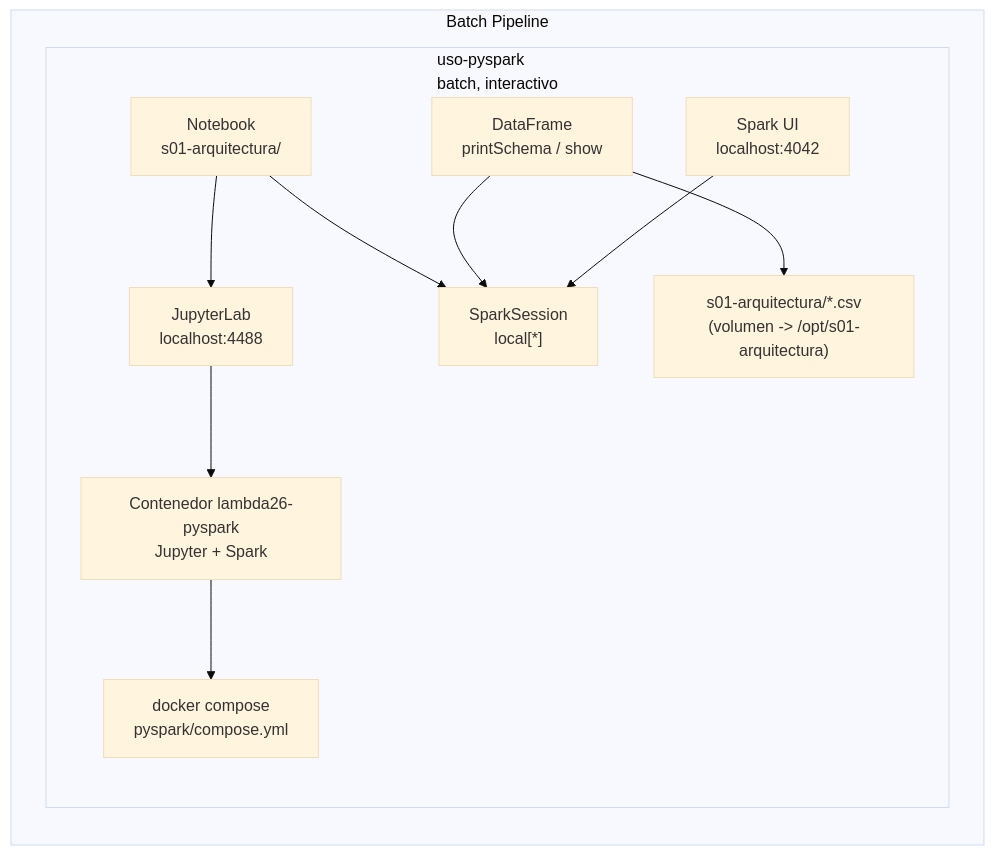
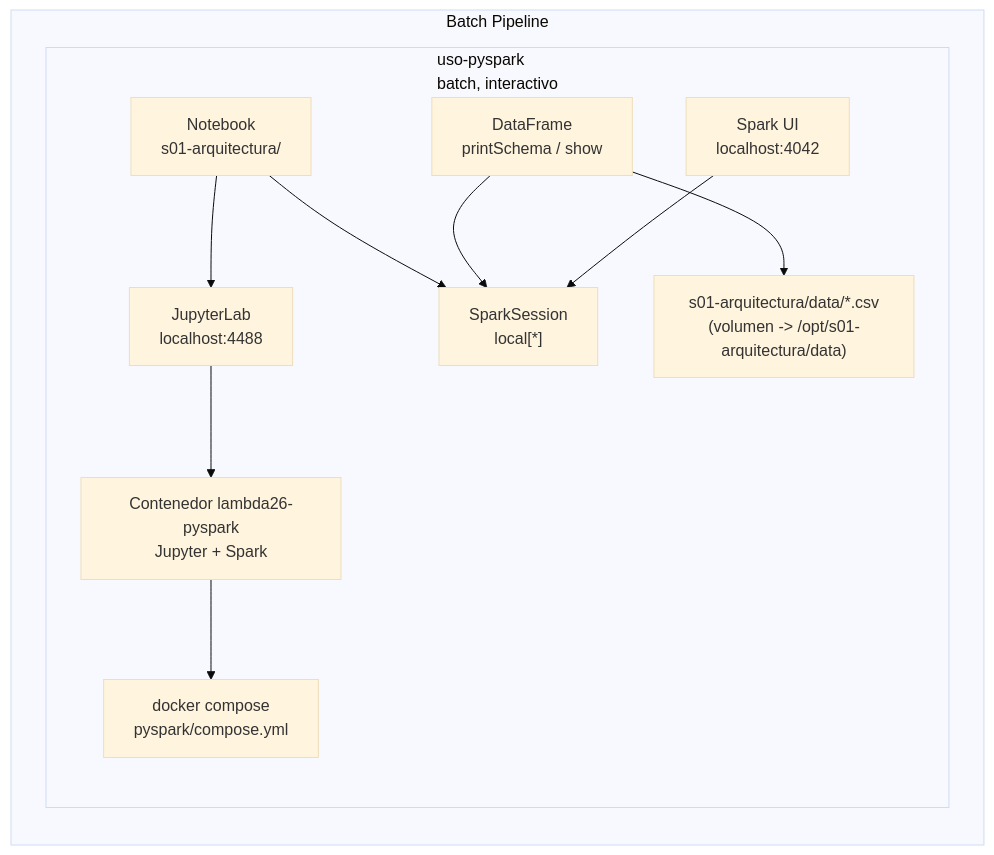
One commit to 262bigdata/lambda26 changed the fifth of 5 diagrams in docs/sesiones/S01_Arquitectura_Big_Data_Lambda_Kappa.md. Above: the diagram before and after it, drawn with Mermaid (base theme). The commit also changed other lines of this file and 2 other files, not shown here.

````diff
--- a/docs/sesiones/S01_Arquitectura_Big_Data_Lambda_Kappa.md
+++ b/docs/sesiones/S01_Arquitectura_Big_Data_Lambda_Kappa.md
@@ -325,15 +325,15 @@
 ```mermaid
 flowchart LR
     subgraph BP["Batch Pipeline"]
         subgraph BP1["uso-pyspark<br/>batch, interactivo"]
             direction TB
             Notebook["Notebook<br/>s01-arquitectura/"] --> Jupyter["JupyterLab<br/>localhost:4488"]
             Jupyter --> Container["Contenedor lambda26-pyspark<br/>Jupyter + Spark"]
             Container --> Compose["docker compose<br/>pyspark/compose.yml"]
             Notebook --> Session["SparkSession<br/>local[*]"]
             DF["DataFrame<br/>printSchema / show"] --> Session
-            DF --> Data["s01-arquitectura/*.csv<br/>(volumen -> /opt/s01-arquitectura)"]
+            DF --> Data["s01-arquitectura/data/*.csv<br/>(volumen -> /opt/s01-arquitectura/data)"]
             UI["Spark UI<br/>localhost:4042"] --> Session
         end
     end
 ```
````
